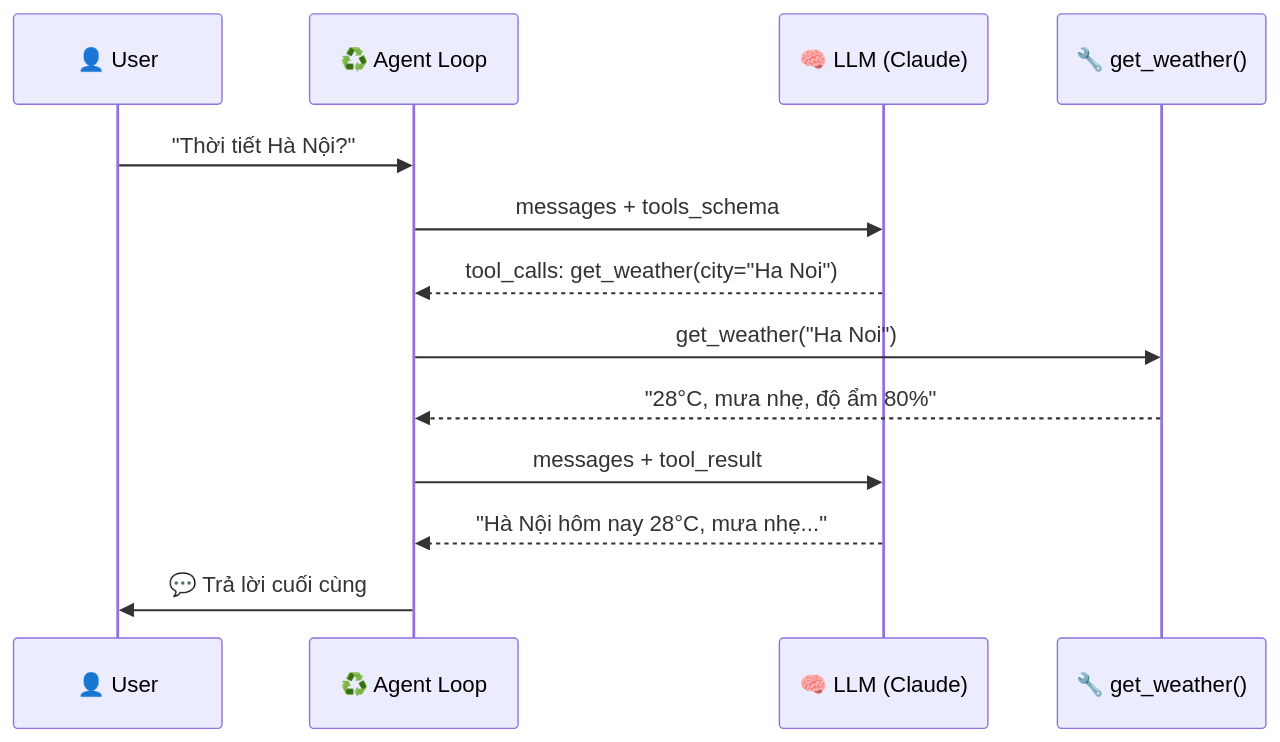
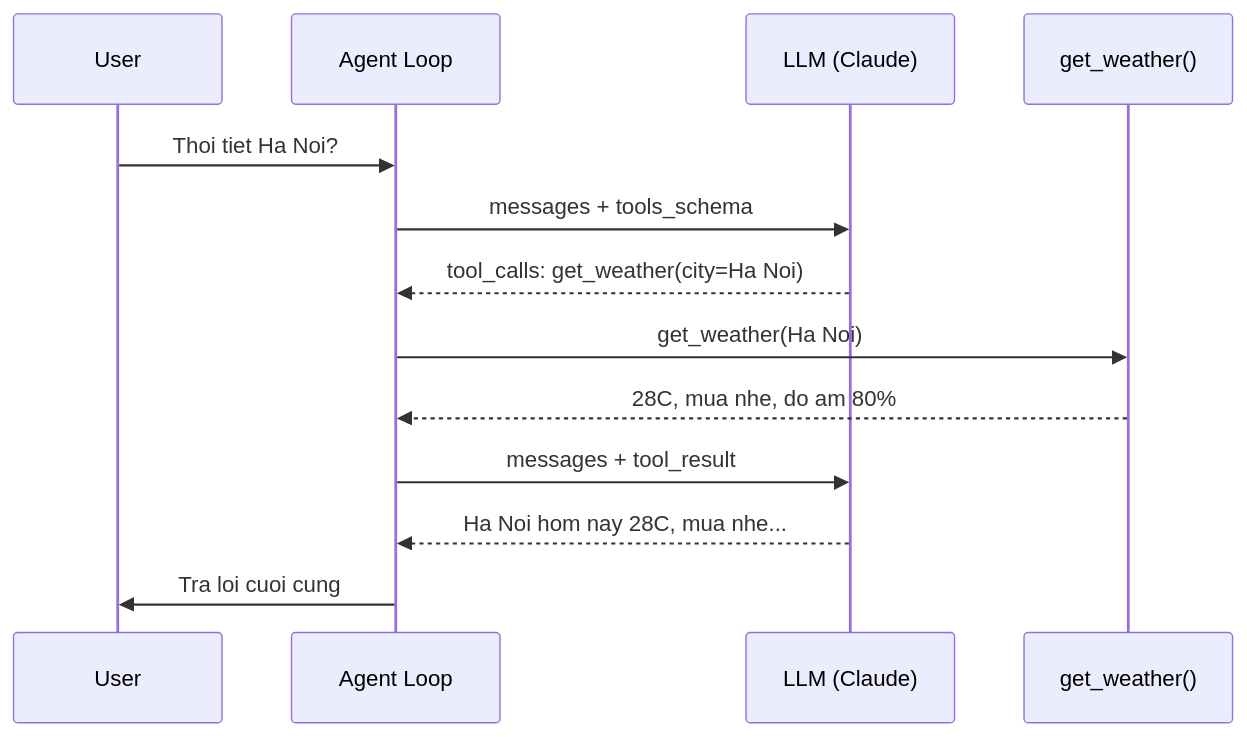
Before and after one commit to mrgoonie/vinuni-first-working-agent: the fourth of 12 diagrams in docs/huong-dan-chi-tiet.md, drawn with Mermaid. The commit also changed other lines of this file and 2 other files, not shown here.

First line of the commit message:
feat: add Mermaid diagrams to README, fix docs rendering

````diff
--- a/docs/huong-dan-chi-tiet.md
+++ b/docs/huong-dan-chi-tiet.md
@@ -105,16 +105,16 @@
 ```mermaid
 sequenceDiagram
-    participant U as 👤 User
-    participant A as ♻️ Agent Loop
-    participant L as 🧠 LLM (Claude)
-    participant T as 🔧 get_weather()
+    participant U as User
+    participant A as Agent Loop
+    participant L as LLM (Claude)
+    participant T as get_weather()
 
-    U->>A: "Thời tiết Hà Nội?"
+    U->>A: Thoi tiet Ha Noi?
     A->>L: messages + tools_schema
-    L-->>A: tool_calls: get_weather(city="Ha Noi")
-    A->>T: get_weather("Ha Noi")
-    T-->>A: "28°C, mưa nhẹ, độ ẩm 80%"
+    L-->>A: tool_calls: get_weather(city=Ha Noi)
+    A->>T: get_weather(Ha Noi)
+    T-->>A: 28C, mua nhe, do am 80%
     A->>L: messages + tool_result
-    L-->>A: "Hà Nội hôm nay 28°C, mưa nhẹ..."
-    A->>U: 💬 Trả lời cuối cùng
+    L-->>A: Ha Noi hom nay 28C, mua nhe...
+    A->>U: Tra loi cuoi cung
 ```
````
